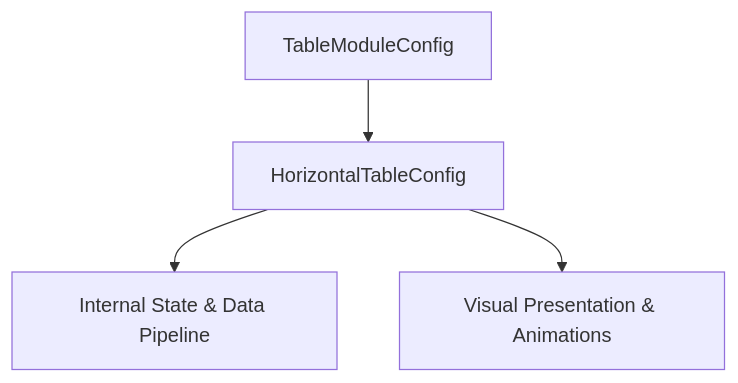
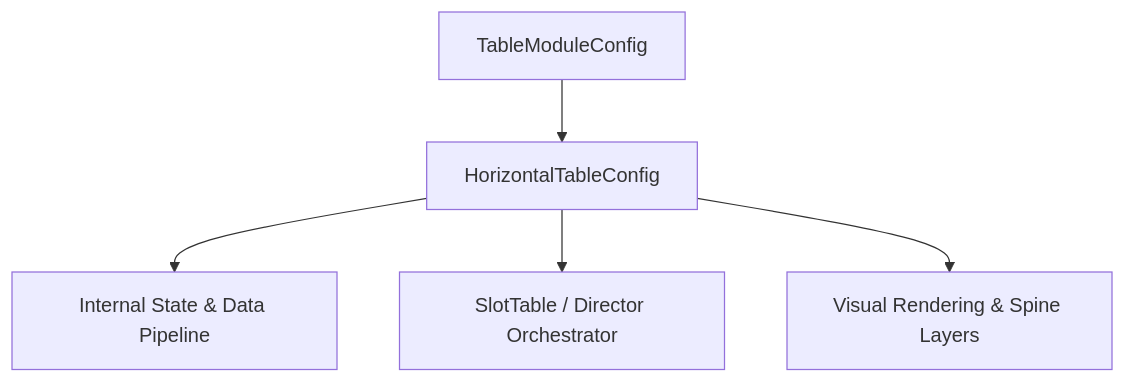
The diagram in docs/cc_slot_mechanics/modules/HorizontalTableConfig/01_overview/01_architecture_and_role.md (lam-ark/mcp-fwcc), drawn with Mermaid before and after one commit. The commit also changed other lines of this file and 2509 other files, not shown here.

````diff
--- a/docs/cc_slot_mechanics/modules/HorizontalTableConfig/01_overview/01_architecture_and_role.md
+++ b/docs/cc_slot_mechanics/modules/HorizontalTableConfig/01_overview/01_architecture_and_role.md
@@ -18,6 +24,7 @@
 ```mermaid
 graph TD
-    Parent[TableModuleConfig] --> Mod[HorizontalTableConfig]
-    Mod --> State[Internal State & Data Pipeline]
-    Mod --> Render[Visual Presentation & Animations]
+    SuperClass[TableModuleConfig] --> TargetClass[HorizontalTableConfig]
+    TargetClass --> DataPipeline[Internal State & Data Pipeline]
+    TargetClass --> Orchestrator[SlotTable / Director Orchestrator]
+    TargetClass --> ViewLayer[Visual Rendering & Spine Layers]
 ```
````
